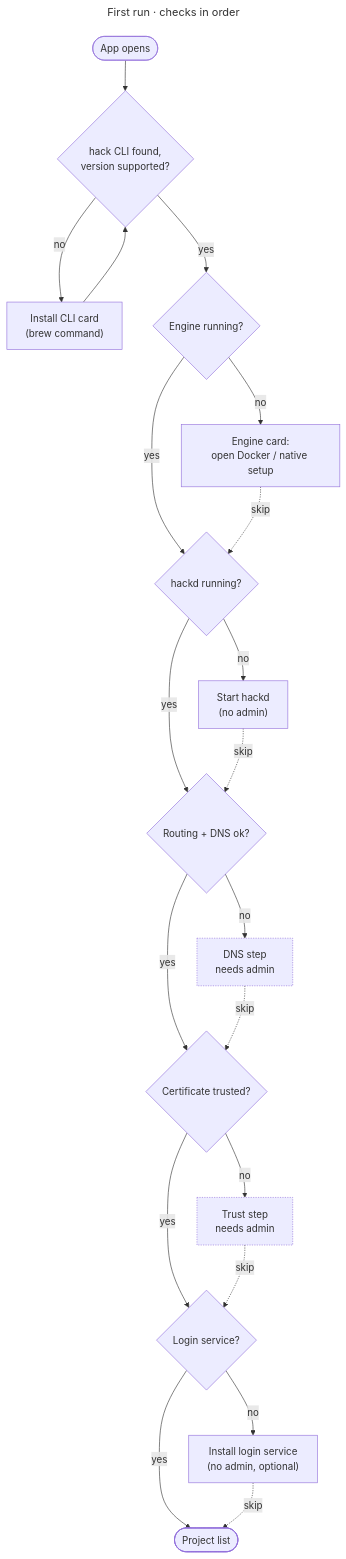
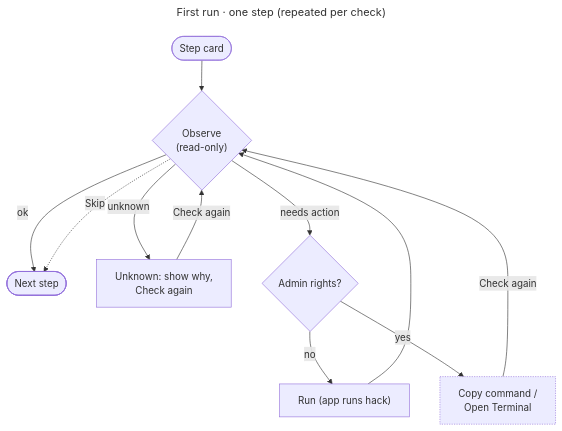
The diagram in apps/desktop/diagrams/onboarding.mmd (hack-dance/hack), drawn with Mermaid before and after one commit. The commit also changed 10 other files, not shown here.

Commit message:
docs(desktop): address design review (observe-only reads, native mapping, upgrade and daemon contracts)

```diff
--- a/apps/desktop/diagrams/onboarding.mmd
+++ b/apps/desktop/diagrams/onboarding.mmd
@@ -1,26 +1,18 @@
 ---
-title: First run · checks in order
+title: First run · one step (repeated per check)
 ---
 flowchart TD
-  S([App opens]) --> C1{"hack CLI found,<br/>version supported?"}
-  C1 -->|no| X1["Install CLI card<br/>(brew command)"] --> C1
-  C1 -->|yes| C2{"Engine running?"}
-  C2 -->|no| X2["Engine card:<br/>open Docker / native setup"]
-  C2 -->|yes| C3{"hackd running?"}
-  X2 -. skip .-> C3
-  C3 -->|no| X3["Start hackd<br/>(no admin)"]
-  C3 -->|yes| C4{"Routing + DNS ok?"}
-  X3 -. skip .-> C4
-  C4 -->|no| X4["DNS step<br/>needs admin"]
-  C4 -->|yes| C5{"Certificate trusted?"}
-  X4 -. skip .-> C5
-  C5 -->|no| X5["Trust step<br/>needs admin"]
-  C5 -->|yes| C6{"Login service?"}
-  X5 -. skip .-> C6
-  C6 -->|no| X6["Install login service<br/>(no admin, optional)"]
-  C6 -->|yes| Done([Project list])
-  X6 -. skip .-> Done
+  S([Step card]) --> C{"Observe<br/>(read-only)"}
+  C -->|ok| Next([Next step])
+  C -->|unknown| U["Unknown: show why,<br/>Check again"]
+  C -->|needs action| A{"Admin rights?"}
+  A -->|no| R["Run (app runs hack)"]
+  A -->|yes| T["Copy command /<br/>Open Terminal"]
+  R --> C
+  T -->|Check again| C
+  U -->|Check again| C
+  C -. Skip .-> Next
   classDef wait stroke-dasharray:2 2
   classDef ok stroke-width:1.6px
-  class X4,X5 wait
-  class Done ok
+  class T wait
+  class Next ok
```
